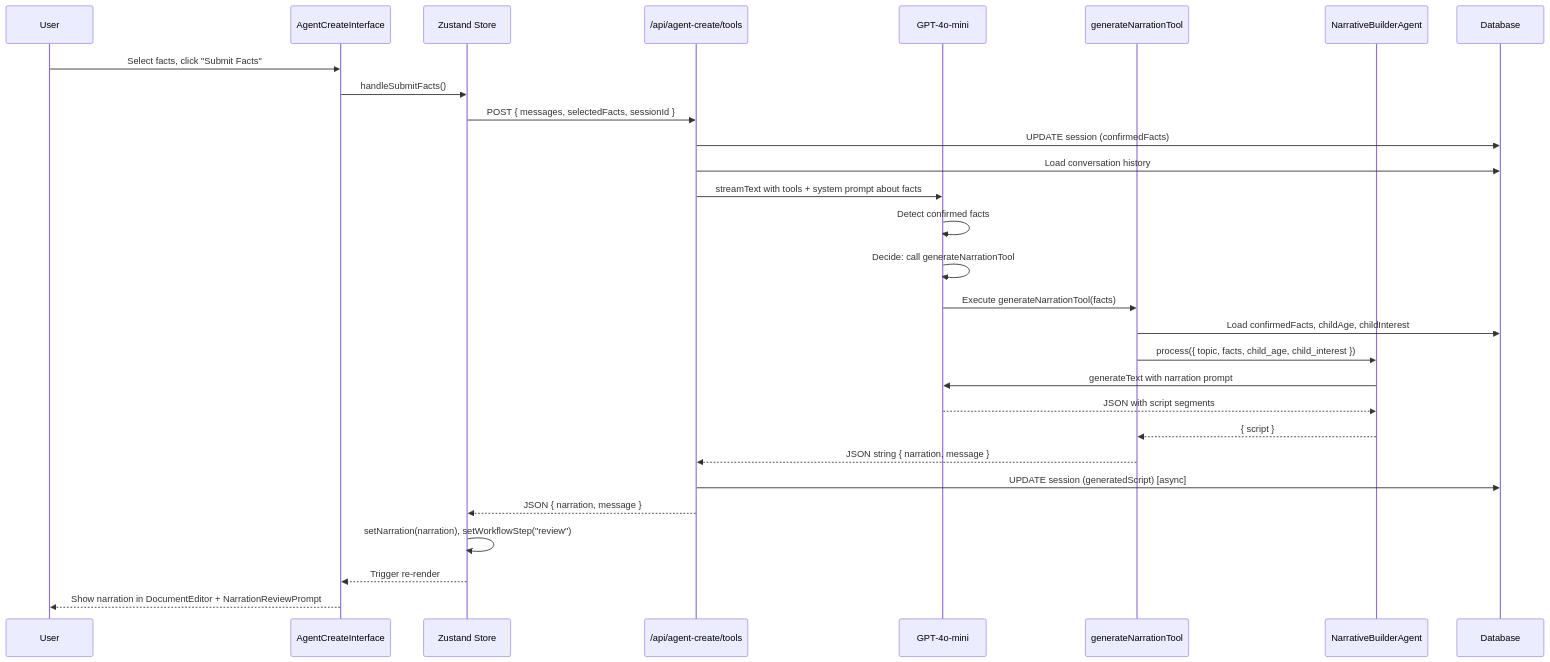
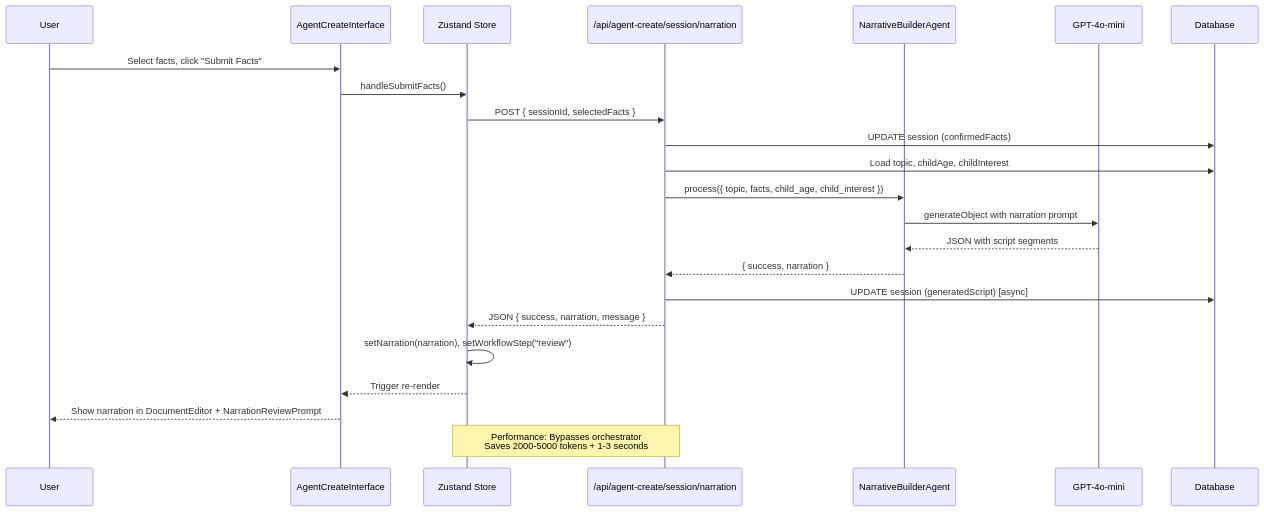
One commit to e-roy/ed-tech-pipeline changed the fourth of 5 diagrams in docs/frontend/chat-agent-orchestrator.md. Above: the diagram before and after it, drawn with Mermaid. The commit also changed other lines of this file and 7 other files, not shown here.

````diff
--- a/docs/frontend/chat-agent-orchestrator.md
+++ b/docs/frontend/chat-agent-orchestrator.md
@@ -585,32 +677,27 @@
 ```mermaid
 sequenceDiagram
     participant User
     participant UI as AgentCreateInterface
     participant Store as Zustand Store
-    participant API as /api/agent-create/tools
+    participant API as /api/agent-create/session/narration
+    participant Agent as NarrativeBuilderAgent
     participant AI as GPT-4o-mini
-    participant Tool as generateNarrationTool
-    participant Agent as NarrativeBuilderAgent
     participant DB as Database
 
     User->>UI: Select facts, click "Submit Facts"
     UI->>Store: handleSubmitFacts()
-    Store->>API: POST { messages, selectedFacts, sessionId }
+    Store->>API: POST { sessionId, selectedFacts }
     API->>DB: UPDATE session (confirmedFacts)
-    API->>DB: Load conversation history
-    API->>AI: streamText with tools + system prompt about facts
-    AI->>AI: Detect confirmed facts
-    AI->>AI: Decide: call generateNarrationTool
-    AI->>Tool: Execute generateNarrationTool(facts)
-    Tool->>DB: Load confirmedFacts, childAge, childInterest
-    Tool->>Agent: process({ topic, facts, child_age, child_interest })
-    Agent->>AI: generateText with narration prompt
+    API->>DB: Load topic, childAge, childInterest
+    API->>Agent: process({ topic, facts, child_age, child_interest })
+    Agent->>AI: generateObject with narration prompt
     AI-->>Agent: JSON with script segments
-    Agent-->>Tool: { script }
-    Tool-->>API: JSON string { narration, message }
+    Agent-->>API: { success, narration }
     API->>DB: UPDATE session (generatedScript) [async]
-    API-->>Store: JSON { narration, message }
+    API-->>Store: JSON { success, narration, message }
     Store->>Store: setNarration(narration), setWorkflowStep("review")
     Store-->>UI: Trigger re-render
     UI-->>User: Show narration in DocumentEditor + NarrationReviewPrompt
+
+    Note over Store,API: Performance: Bypasses orchestrator<br/>Saves 2000-5000 tokens + 1-3 seconds
 ```
````
